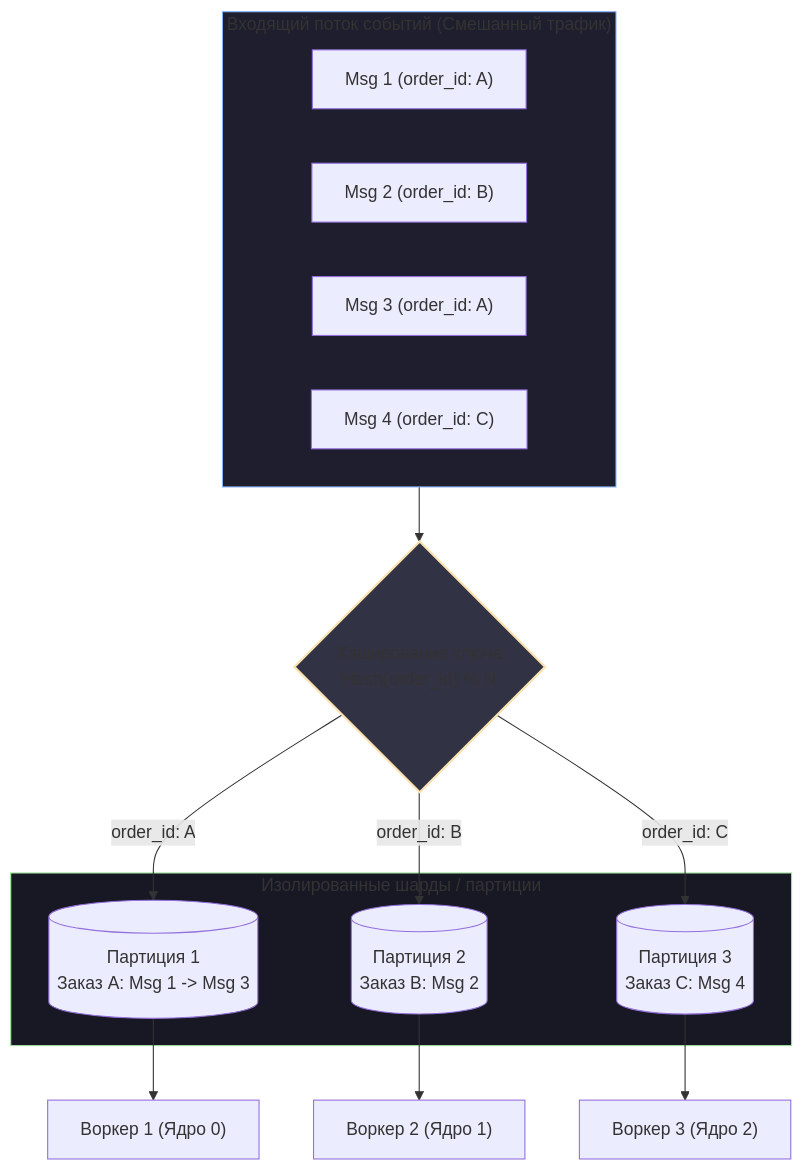
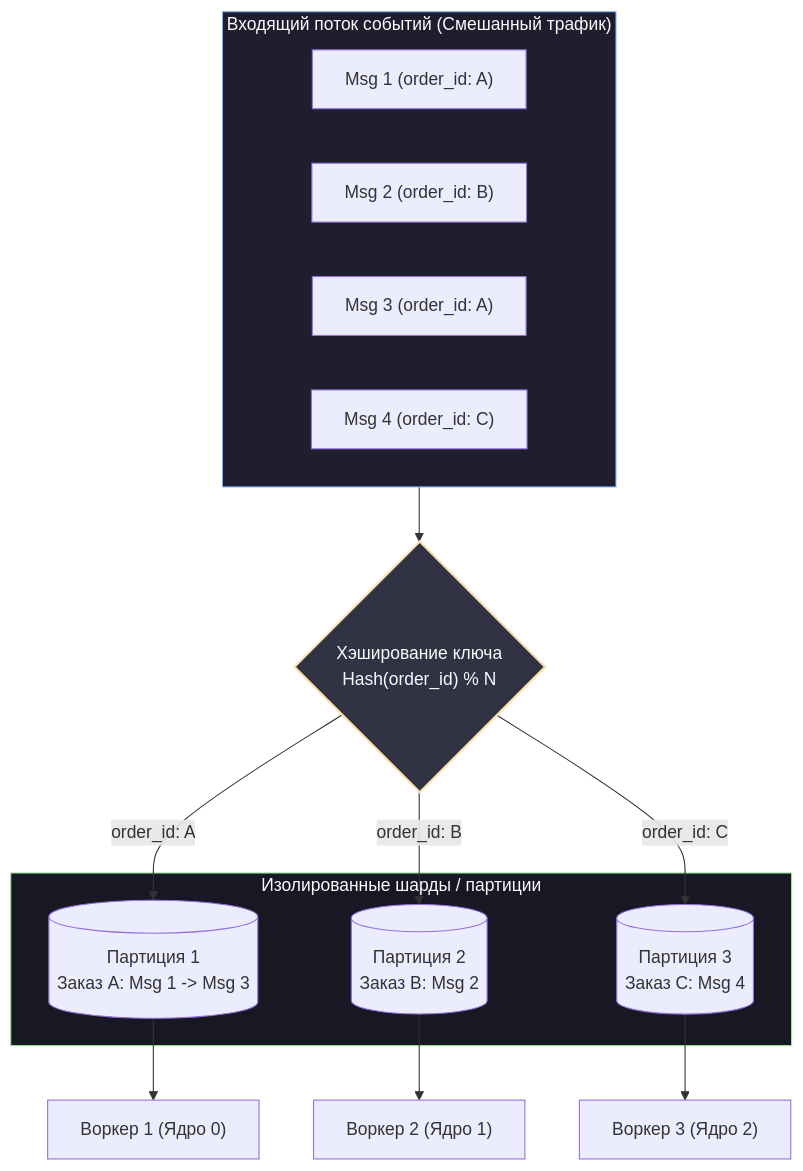
The second of 3 diagrams in sources/13. Очереди, брокеры сообщений и оркестраторы/01. Фундамент асинхронности/5. Ordering сообщений и его цена.md (UnrealTemplier/go-textbook), drawn with Mermaid before and after one commit. The commit also changed other lines of this file and 310 other files, not shown here.

First line of the commit message:
fix(mermaid): replace light fill colors with dark palette for readability on dark theme

````diff
--- a/sources/13. Очереди, брокеры сообщений и оркестраторы/01. Фундамент асинхронности/5. Ordering сообщений и его цена.md
+++ b/sources/13. Очереди, брокеры сообщений и оркестраторы/01. Фундамент асинхронности/5. Ordering сообщений и его цена.md
@@ -90,29 +90,29 @@
 ```mermaid
 flowchart TD
     subgraph Inbound["Входящий поток событий (Смешанный трафик)"]
         A["Msg 1 (order_id: A)"]
         B["Msg 2 (order_id: B)"]
         C["Msg 3 (order_id: A)"]
         D["Msg 4 (order_id: C)"]
     end
 
     Inbound --> Router{"Хэширование ключа<br>Hash(order_id) % N"}
 
     subgraph Shards["Изолированные шарды / партиции"]
         P1[("Партиция 1<br>Заказ A: Msg 1 -> Msg 3")]
         P2[("Партиция 2<br>Заказ B: Msg 2")]
         P3[("Партиция 3<br>Заказ C: Msg 4")]
     end
 
     Router -->|order_id: A| P1
     Router -->|order_id: B| P2
     Router -->|order_id: C| P3
 
     P1 --> C1["Воркер 1 (Ядро 0)"]
     P2 --> C2["Воркер 2 (Ядро 1)"]
     P3 --> C3["Воркер 3 (Ядро 2)"]
 
-    style Inbound fill:#1e1e2e,stroke:#89b4fa,stroke-width:1px
-    style Router fill:#313244,stroke:#f9e2af,stroke-width:2px
-    style Shards fill:#181825,stroke:#a6e3a1,stroke-width:1px
+    style Inbound fill:#1e1e2e,stroke:#89b4fa,stroke-width:1px,color:#f8fafc
+    style Router fill:#313244,stroke:#f9e2af,stroke-width:2px,color:#f8fafc
+    style Shards fill:#181825,stroke:#a6e3a1,stroke-width:1px,color:#f8fafc
 ```
````
